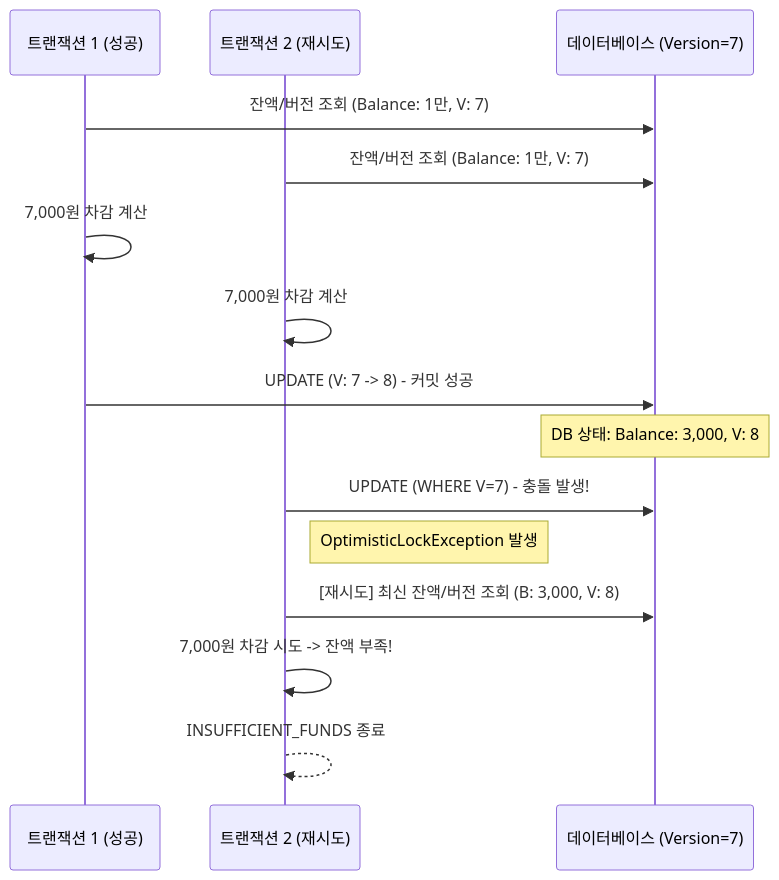
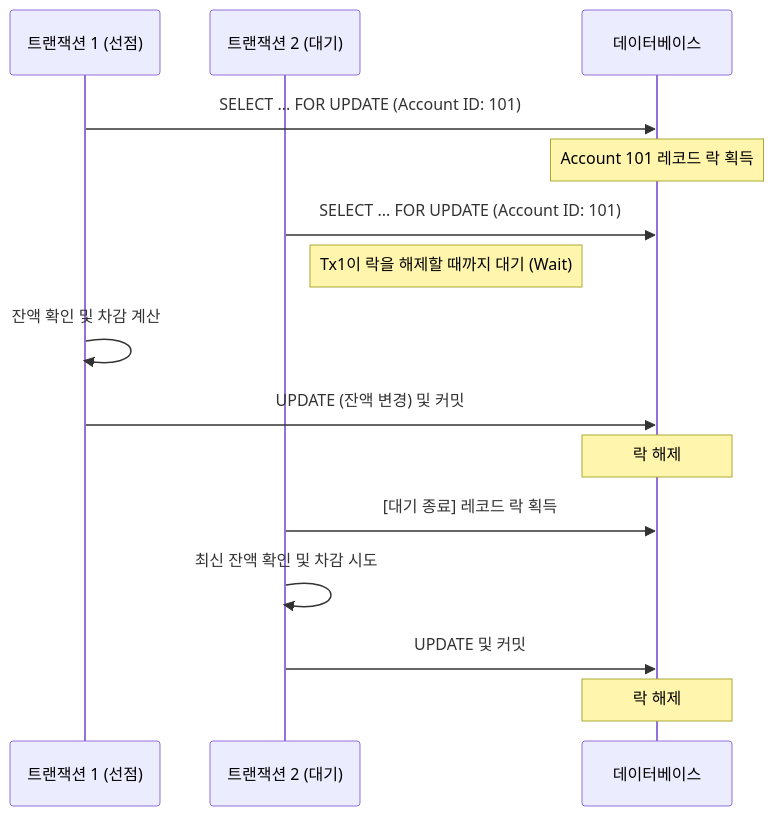
One commit to muzzaiwork/candidate changed the diagram in troubleshooting/concurrency_control_optimistic_lock.md. Above: the diagram before and after it, drawn with Mermaid. The commit also changed other lines of this file, not shown here.

````diff
--- a/troubleshooting/concurrency_control_optimistic_lock.md
+++ b/troubleshooting/concurrency_control_optimistic_lock.md
@@ -21,22 +20,21 @@
 ```mermaid
 sequenceDiagram
-    participant Tx1 as 트랜잭션 1 (성공)
-    participant Tx2 as 트랜잭션 2 (재시도)
-    participant DB as 데이터베이스 (Version=7)
+    participant Tx1 as 트랜잭션 1 (선점)
+    participant Tx2 as 트랜잭션 2 (대기)
+    participant DB as 데이터베이스
 
-    Tx1->>DB: 잔액/버전 조회 (Balance: 1만, V: 7)
-    Tx2->>DB: 잔액/버전 조회 (Balance: 1만, V: 7)
+    Tx1->>DB: SELECT ... FOR UPDATE (Account ID: 101)
+    Note over DB: Account 101 레코드 락 획득
     
-    Tx1->>Tx1: 7,000원 차감 계산
-    Tx2->>Tx2: 7,000원 차감 계산
+    Tx2->>DB: SELECT ... FOR UPDATE (Account ID: 101)
+    Note right of Tx2: Tx1이 락을 해제할 때까지 대기 (Wait)
 
-    Tx1->>DB: UPDATE (V: 7 -> 8) - 커밋 성공
-    Note over DB: DB 상태: Balance: 3,000, V: 8
+    Tx1->>Tx1: 잔액 확인 및 차감 계산
+    Tx1->>DB: UPDATE (잔액 변경) 및 커밋
+    Note over DB: 락 해제
 
-    Tx2->>DB: UPDATE (WHERE V=7) - 충돌 발생!
-    Note right of Tx2: OptimisticLockException 발생
-
-    Tx2->>DB: [재시도] 최신 잔액/버전 조회 (B: 3,000, V: 8)
-    Tx2->>Tx2: 7,000원 차감 시도 -> 잔액 부족!
-    Tx2-->>Tx2: INSUFFICIENT_FUNDS 종료
+    Tx2->>DB: [대기 종료] 레코드 락 획득
+    Tx2->>Tx2: 최신 잔액 확인 및 차감 시도
+    Tx2->>DB: UPDATE 및 커밋
+    Note over DB: 락 해제
 ```
````
